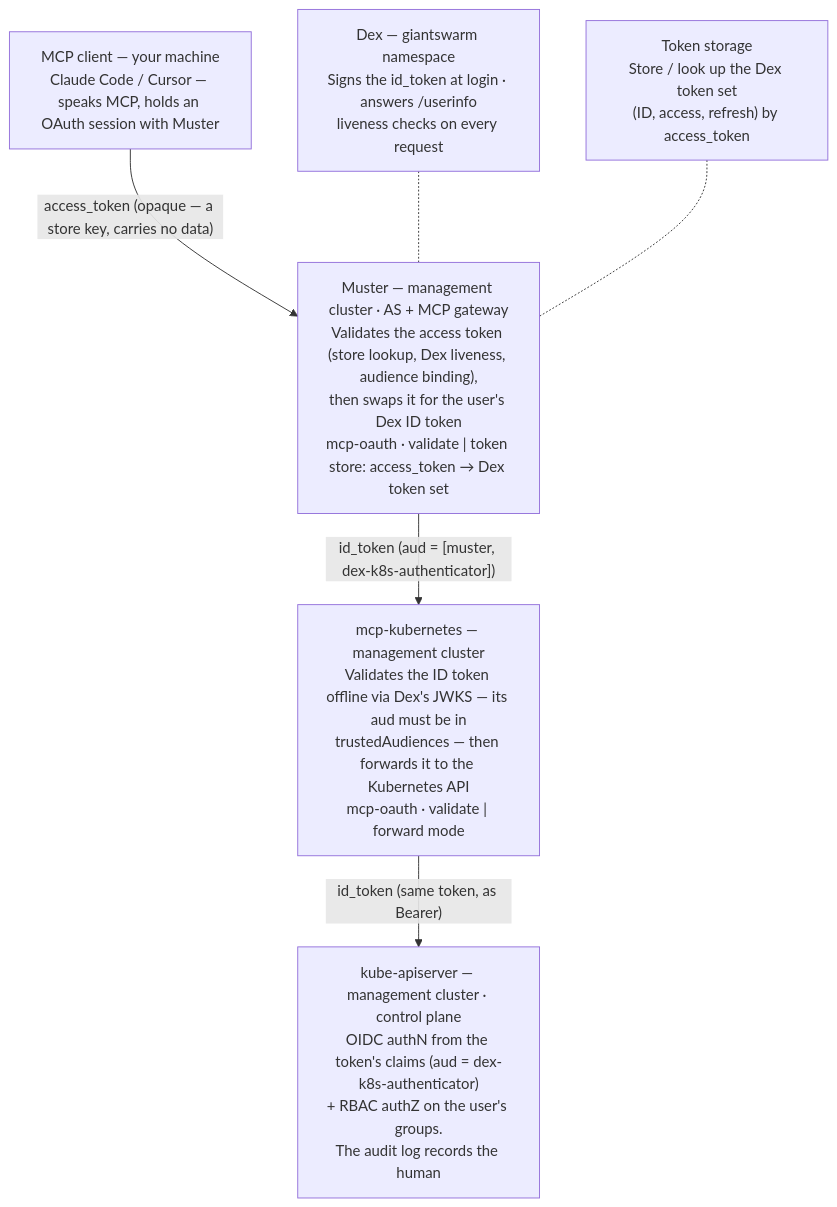
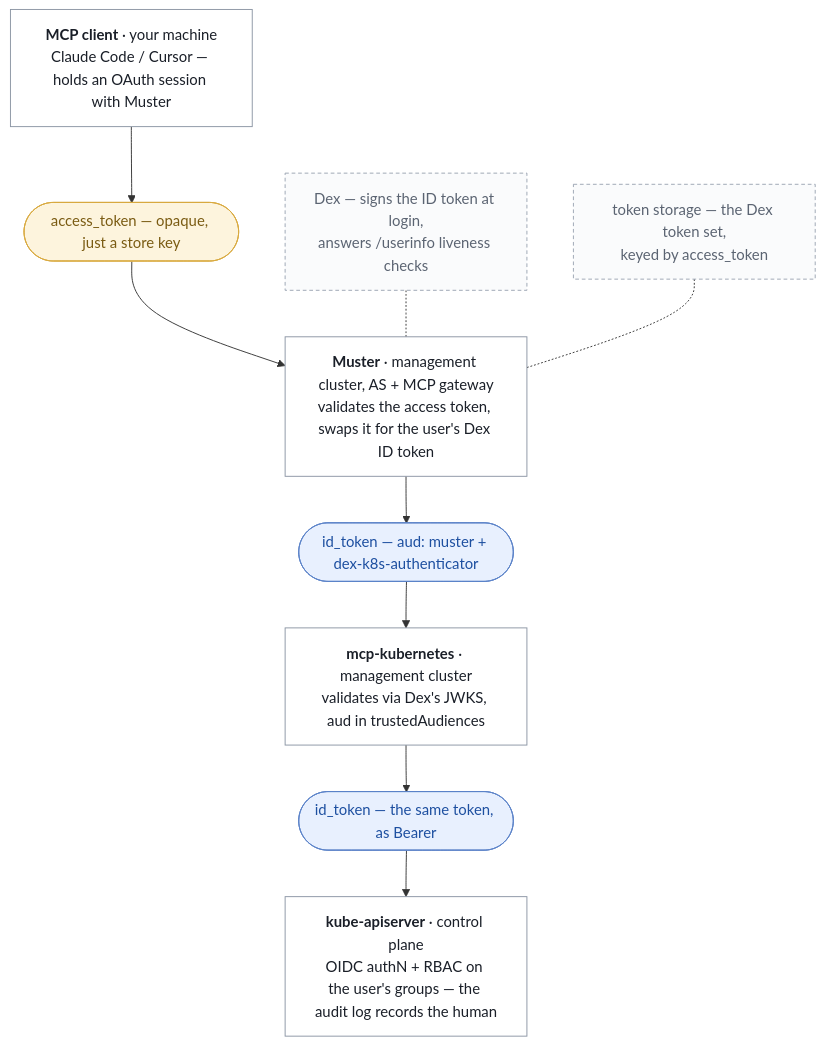
The second of 9 diagrams in src/content/overview/ai-agents/authentication/index.md (giantswarm/docs), drawn with Mermaid before and after one commit.

Commit message:
Restyle the forward-mode token-custody diagram (sample for review)
Tokens become colored stadium nodes between the participants (amber
opaque token, blue ID token), matching the visual language of the
original design; participant cards trimmed to two lines; supporting
systems dashed. If approved, the exchange and oauth diagrams get the
same treatment.

```diff
--- a/src/content/overview/ai-agents/authentication/index.md
+++ b/src/content/overview/ai-agents/authentication/index.md
@@ -234,15 +234,21 @@
 {{< mermaid >}}
 flowchart TB
-  client["MCP client — your machine<br/>Claude Code / Cursor — speaks MCP, holds an OAuth session with Muster"]
-  muster["Muster — management cluster · AS + MCP gateway<br/>Validates the access token (store lookup, Dex liveness, audience binding),<br/>then swaps it for the user's Dex ID token<br/>mcp-oauth · validate | token store: access_token → Dex token set"]
-  dex["Dex — giantswarm namespace<br/>Signs the id_token at login · answers /userinfo<br/>liveness checks on every request"]
-  store["Token storage<br/>Store / look up the Dex token set<br/>(ID, access, refresh) by access_token"]
-  mk["mcp-kubernetes — management cluster<br/>Validates the ID token offline via Dex's JWKS — its aud must be in<br/>trustedAudiences — then forwards it to the Kubernetes API<br/>mcp-oauth · validate | forward mode"]
-  api["kube-apiserver — management cluster · control plane<br/>OIDC authN from the token's claims (aud = dex-k8s-authenticator)<br/>+ RBAC authZ on the user's groups.<br/>The audit log records the human"]
+  client["<b>MCP client</b> · your machine<br/>Claude Code / Cursor — holds an OAuth session with Muster"]
+  atok(["access_token — opaque, just a store key"]):::access
+  muster["<b>Muster</b> · management cluster, AS + MCP gateway<br/>validates the access token, swaps it for the user's Dex ID token"]
+  dex["Dex — signs the ID token at login,<br/>answers /userinfo liveness checks"]:::aside
+  store["token storage — the Dex token set,<br/>keyed by access_token"]:::aside
+  idtok(["id_token — aud: muster + dex-k8s-authenticator"]):::idt
+  mk["<b>mcp-kubernetes</b> · management cluster<br/>validates via Dex's JWKS, aud in trustedAudiences"]
+  idtok2(["id_token — the same token, as Bearer"]):::idt
+  api["<b>kube-apiserver</b> · control plane<br/>OIDC authN + RBAC on the user's groups — the audit log records the human"]
 
-  client -- "access_token (opaque — a store key, carries no data)" --> muster
-  muster -- "id_token (aud = [muster, dex-k8s-authenticator])" --> mk
-  mk -- "id_token (same token, as Bearer)" --> api
+  client --> atok --> muster --> idtok --> mk --> idtok2 --> api
   dex -.- muster
   store -.- muster
+
+  classDef access fill:#fdf4dd,stroke:#d9a93f,color:#7a5b12
+  classDef idt fill:#e8f0fe,stroke:#5b83c9,color:#1d4fa0
+  classDef aside fill:#fafbfc,stroke:#9aa4b2,stroke-dasharray:4 3,color:#5b6472
+  classDef default fill:#ffffff,stroke:#8a94a3,color:#1a1f28
 {{< /mermaid >}}
```
